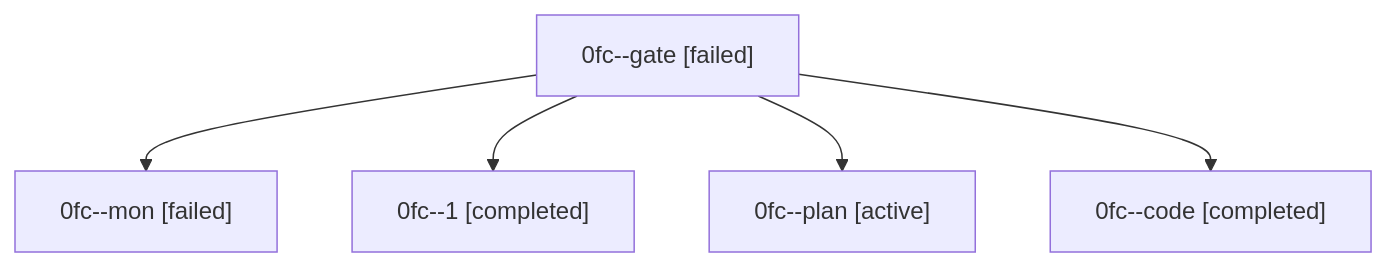
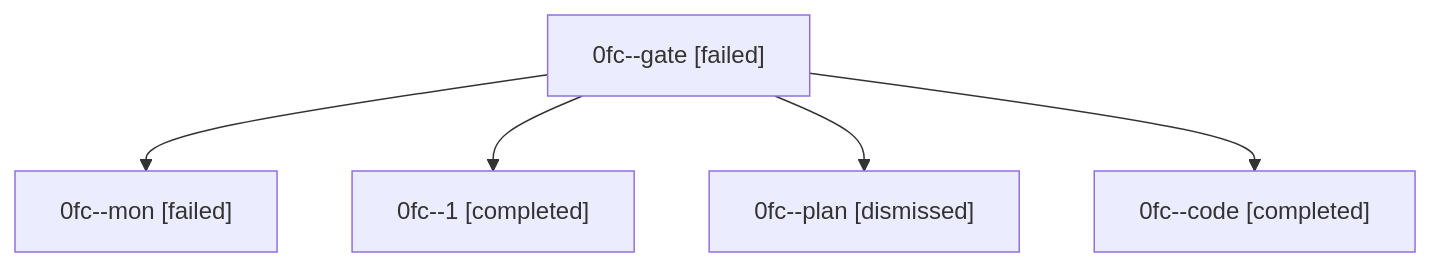
Before and after one commit to sase-org/sase--agents: the diagram in sessions/bbugyi200.athena.0fc.md, drawn with Mermaid. The commit also changed other lines of this file and 28 other files, not shown here.

````diff
--- a/sessions/bbugyi200.athena.0fc.md
+++ b/sessions/bbugyi200.athena.0fc.md
@@ -9,12 +9,12 @@
 ```mermaid
 flowchart TD
   n0["0fc--gate [failed]"]
   n1["0fc--mon [failed]"]
   n0 --> n1
   n2["0fc--1 [completed]"]
   n0 --> n2
-  n3["0fc--plan [active]"]
+  n3["0fc--plan [dismissed]"]
   n0 --> n3
   n4["0fc--code [completed]"]
   n0 --> n4
 ```
````
